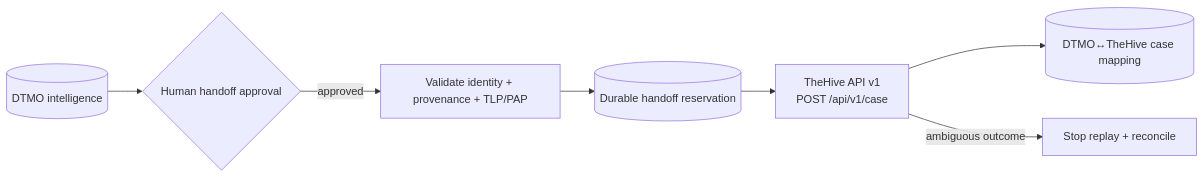
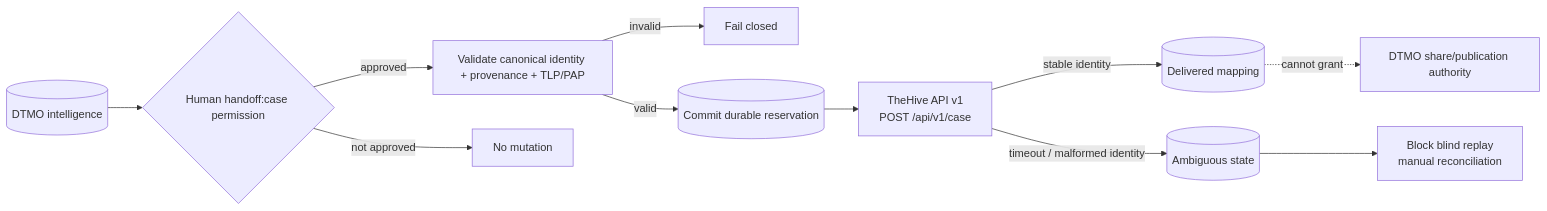
One commit to GJvManen/dtmo changed the diagram in docs/integrations/THEHIVE_HANDOFF.md. Above: the diagram before and after it, drawn with Mermaid. The commit also changed other lines of this file, not shown here.

Commit message:
Document bounded TheHive handoff implementation

````diff
--- a/docs/integrations/THEHIVE_HANDOFF.md
+++ b/docs/integrations/THEHIVE_HANDOFF.md
@@ -17,9 +19,13 @@
 ```mermaid
 flowchart LR
-    D[(DTMO intelligence)] --> H{Human handoff approval}
-    H -->|approved| V[Validate identity + provenance + TLP/PAP]
-    V --> R[(Durable handoff reservation)]
+    D[(DTMO intelligence)] --> H{Human handoff:case permission}
+    H -->|approved| V[Validate canonical identity + provenance + TLP/PAP]
+    H -->|not approved| N[No mutation]
+    V -->|invalid| X[Fail closed]
+    V -->|valid| R[(Commit durable reservation)]
     R --> T[TheHive API v1\nPOST /api/v1/case]
-    T --> M[(DTMO↔TheHive case mapping)]
-    T -->|ambiguous outcome| X[Stop replay + reconcile]
+    T -->|stable identity| M[(Delivered mapping)]
+    T -->|timeout / malformed identity| A[(Ambiguous state)]
+    A --> B[Block blind replay\nmanual reconciliation]
+    M -. cannot grant .-> S[DTMO share/publication authority]
 ```
````
